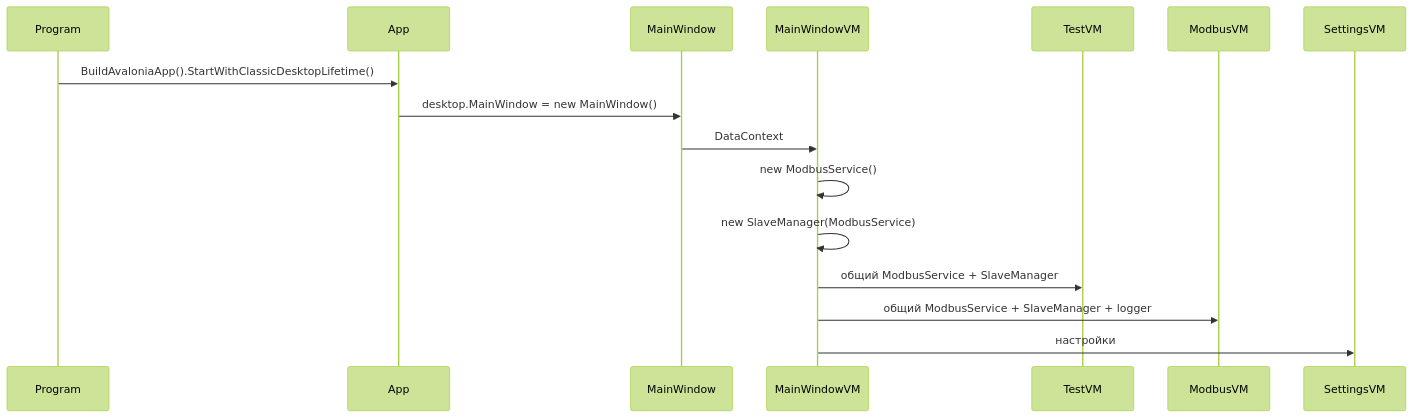
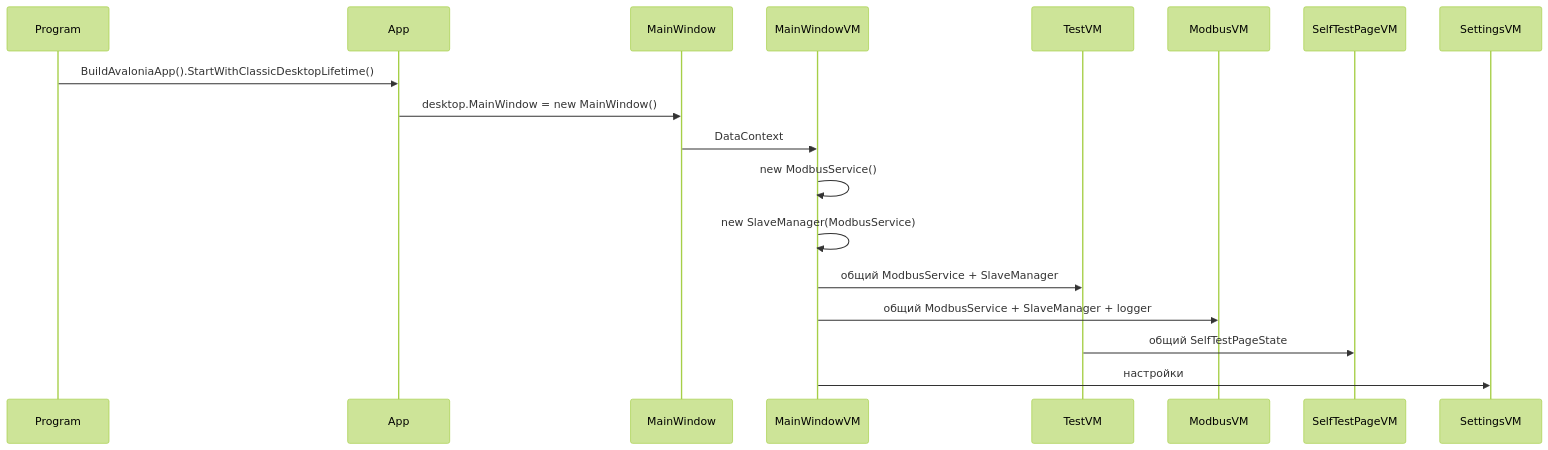
The second of 3 diagrams in docs/obsidian/02 - Архитектура проекта.md (kotyasmol/TFortisTestBuilder), drawn with Mermaid (forest theme) before and after one commit. The commit also changed other lines of this file and 17 other files, not shown here.

Commit message:
Add self-test page state and UI tab

````diff
--- a/docs/obsidian/02 - Архитектура проекта.md
+++ b/docs/obsidian/02 - Архитектура проекта.md
@@ -58,19 +58,21 @@
 ```mermaid
 sequenceDiagram
     participant Program
     participant App
     participant MainWindow
     participant MainWindowVM
     participant TestVM
     participant ModbusVM
+    participant SelfTestPageVM
     participant SettingsVM
 
     Program->>App: BuildAvaloniaApp().StartWithClassicDesktopLifetime()
     App->>MainWindow: desktop.MainWindow = new MainWindow()
     MainWindow->>MainWindowVM: DataContext
     MainWindowVM->>MainWindowVM: new ModbusService()
     MainWindowVM->>MainWindowVM: new SlaveManager(ModbusService)
     MainWindowVM->>TestVM: общий ModbusService + SlaveManager
     MainWindowVM->>ModbusVM: общий ModbusService + SlaveManager + logger
+    TestVM->>SelfTestPageVM: общий SelfTestPageState
     MainWindowVM->>SettingsVM: настройки
 ```
````
